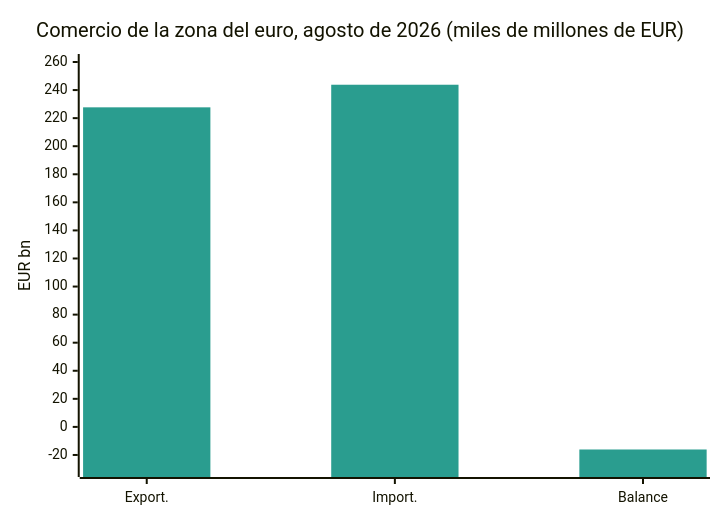
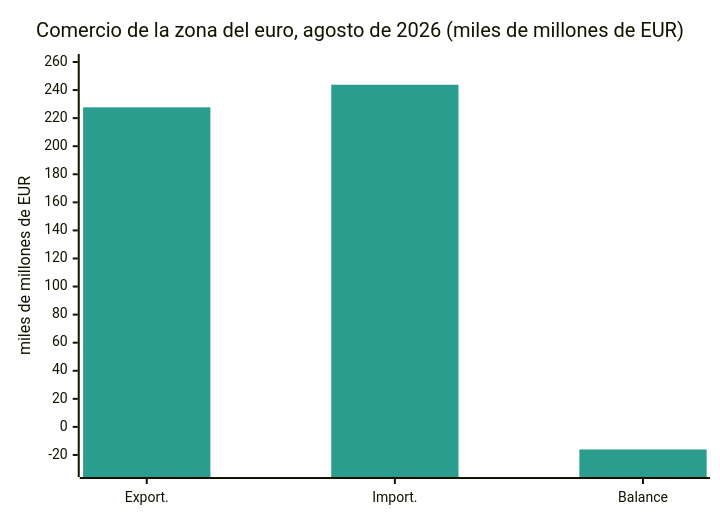
The tenth of 19 diagrams in Global-Trade-Intelligence-weekly-2026-10-19/index.es.md (dureach/research), drawn with Mermaid before and after one commit. The commit also changed other lines of this file and 5 other files, not shown here.

````diff
--- a/Global-Trade-Intelligence-weekly-2026-10-19/index.es.md
+++ b/Global-Trade-Intelligence-weekly-2026-10-19/index.es.md
@@ -444,8 +444,8 @@
 ```mermaid
 %%{init: {'theme': 'base', 'themeVariables': {'xyChart': {'plotColorPalette': '#2a9d8f'}}}}%%
 xychart-beta
     title "Comercio de la zona del euro, agosto de 2026 (miles de millones de EUR)"
     x-axis ["Export.", "Import.", "Balance"]
-    y-axis "EUR bn" -30 --> 260
+    y-axis "miles de millones de EUR" -30 --> 260
     bar [227.7, 243.8, -16.1]
 ```
````
